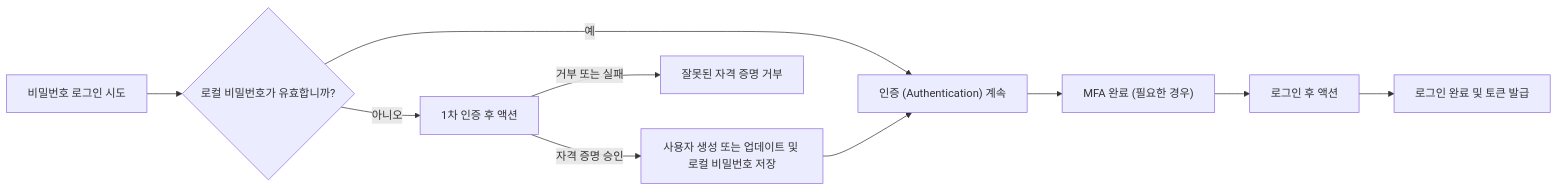
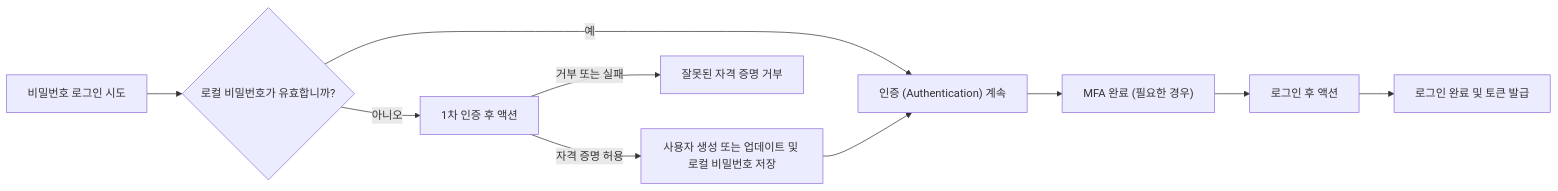
One commit to logto-io/docs changed the diagram in i18n/ko/docusaurus-plugin-content-docs/current/developers/actions/README.mdx. Above: the diagram before and after it, drawn with Mermaid. The commit also changed other lines of this file and 17 other files, not shown here.

````diff
--- a/i18n/ko/docusaurus-plugin-content-docs/current/developers/actions/README.mdx
+++ b/i18n/ko/docusaurus-plugin-content-docs/current/developers/actions/README.mdx
@@ -29,12 +29,12 @@
 ```mermaid
 flowchart LR
   A["비밀번호 로그인 시도"] --> B{"로컬 비밀번호가 유효합니까?"}
   B -->|"예"| E["인증 (Authentication) 계속"]
   B -->|"아니오"| C["1차 인증 후 액션"]
-  C -->|"자격 증명 승인"| D["사용자 생성 또는 업데이트 및 로컬 비밀번호 저장"]
+  C -->|"자격 증명 허용"| D["사용자 생성 또는 업데이트 및 로컬 비밀번호 저장"]
   C -->|"거부 또는 실패"| X["잘못된 자격 증명 거부"]
   D --> E
   E --> F["MFA 완료 (필요한 경우)"]
   F --> G["로그인 후 액션"]
   G --> H["로그인 완료 및 토큰 발급"]
 ```
````
